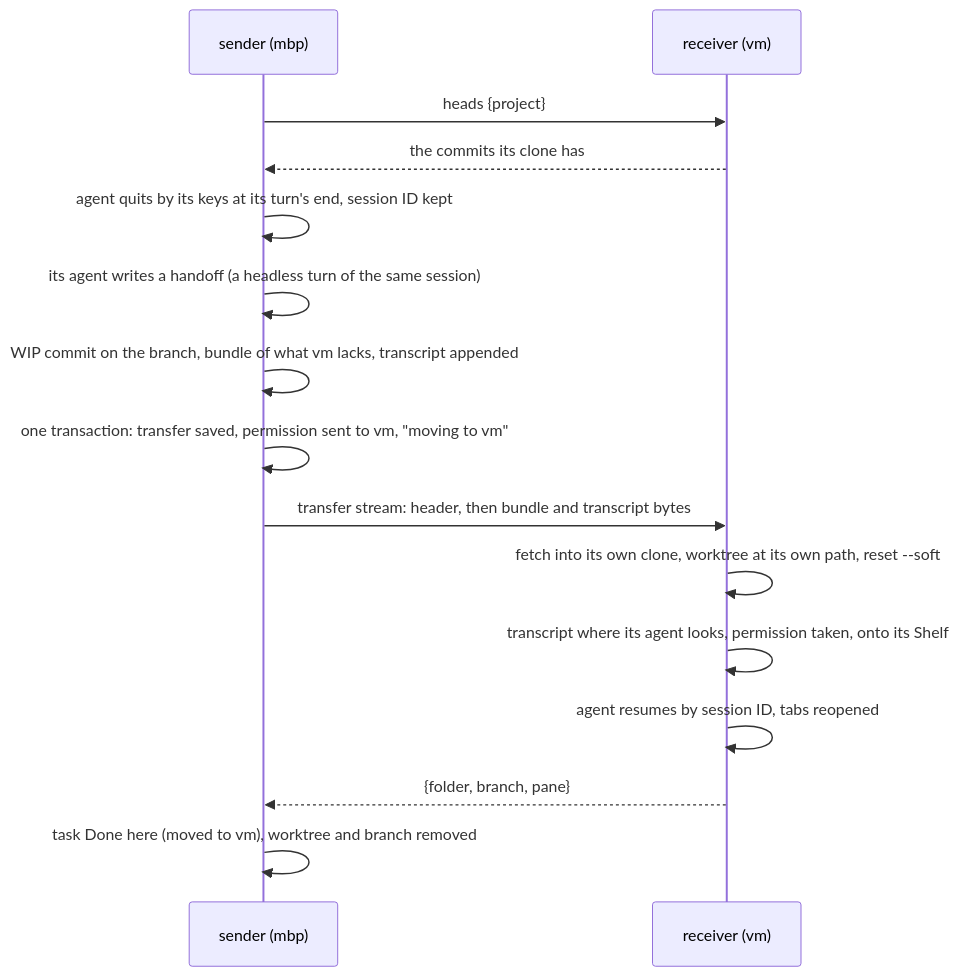
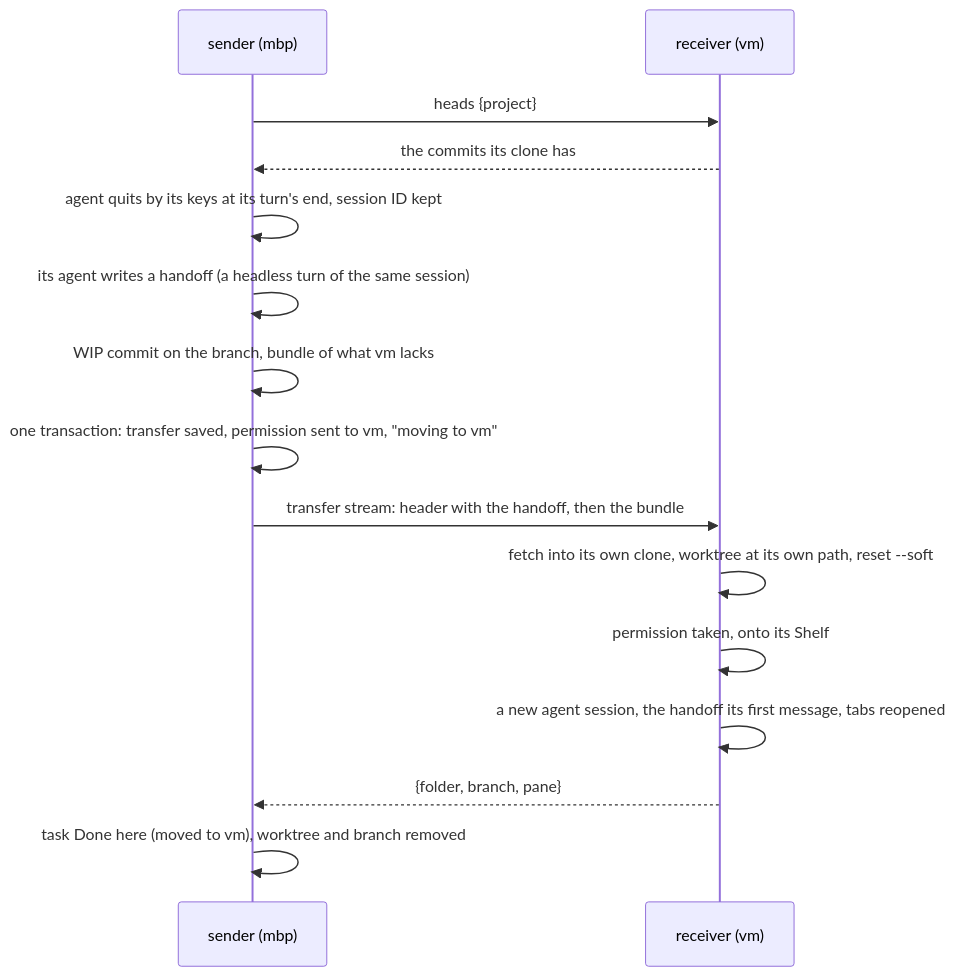
Before and after one commit to tampopogk/kanna: the first of 2 diagrams in docs/specs/task-transfer.md, drawn with Mermaid. The commit also changed other lines of this file and 3 other files, not shown here.

Commit message:
Task transfer spec: handoff-only, why the conversation no longer moves, and what that costs; the build order's slice 11 says what changed and what done is now; machines.md and machine-tasks §3 follow

````diff
--- a/docs/specs/task-transfer.md
+++ b/docs/specs/task-transfer.md
@@ -23,17 +23,17 @@
 ```mermaid
 sequenceDiagram
     participant S as sender (mbp)
     participant R as receiver (vm)
     S->>R: heads {project}
     R-->>S: the commits its clone has
     S->>S: agent quits by its keys at its turn's end, session ID kept
     S->>S: its agent writes a handoff (a headless turn of the same session)
-    S->>S: WIP commit on the branch, bundle of what vm lacks, transcript appended
+    S->>S: WIP commit on the branch, bundle of what vm lacks
     S->>S: one transaction: transfer saved, permission sent to vm, "moving to vm"
-    S->>R: transfer stream: header, then bundle and transcript bytes
+    S->>R: transfer stream: header with the handoff, then the bundle
     R->>R: fetch into its own clone, worktree at its own path, reset --soft
-    R->>R: transcript where its agent looks, permission taken, onto its Shelf
-    R->>R: agent resumes by session ID, tabs reopened
+    R->>R: permission taken, onto its Shelf
+    R->>R: a new agent session, the handoff its first message, tabs reopened
     R-->>S: {folder, branch, pane}
     S->>S: task Done here (moved to vm), worktree and branch removed
 ```
````
